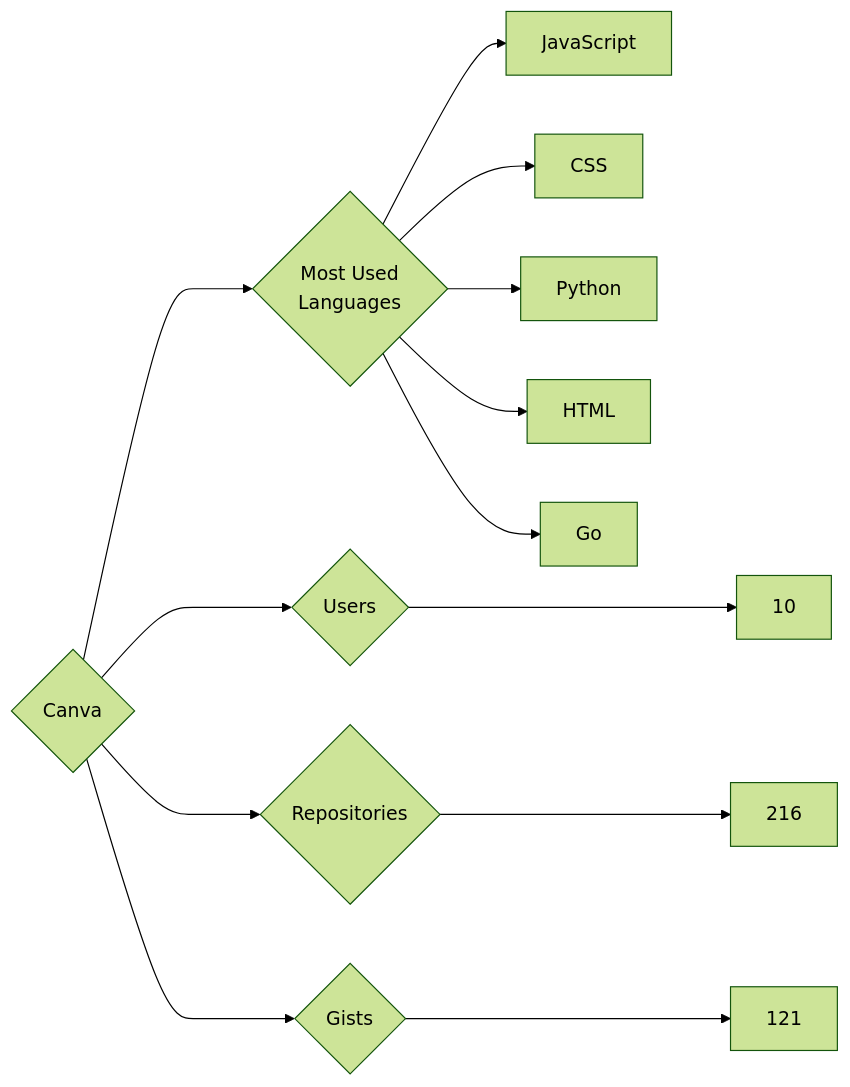
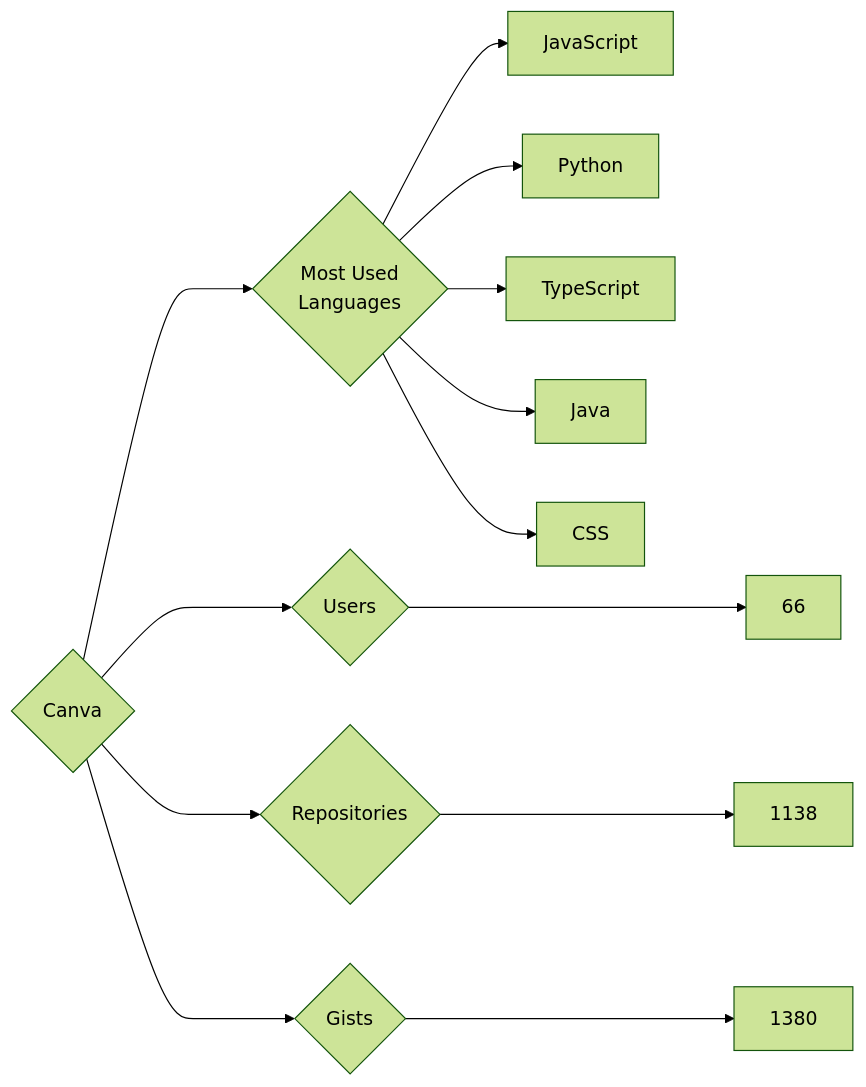
One commit to trickest/insiders changed the diagram in targets/Canva/README.md. Above: the diagram before and after it, drawn with Mermaid (forest theme). The commit also changed 934 other files, not shown here.

````diff
--- a/targets/Canva/README.md
+++ b/targets/Canva/README.md
@@ -3,13 +3,13 @@
 ```mermaid
 graph LR
 COMPANY_NAME{Canva}
-COMPANY_NAME ---> U{Users} ---> UN[10]
-COMPANY_NAME ---> R{Repositories} ---> RN[216]
-COMPANY_NAME ---> G{Gists} ---> GN[121]
+COMPANY_NAME ---> U{Users} ---> UN[66]
+COMPANY_NAME ---> R{Repositories} ---> RN[1138]
+COMPANY_NAME ---> G{Gists} ---> GN[1380]
 COMPANY_NAME ---> ML{Most Used<br>Languages}
 ML --> JavaScript[JavaScript]
+ML --> Python[Python]
+ML --> TypeScript[TypeScript]
+ML --> Java[Java]
 ML --> CSS[CSS]
-ML --> Python[Python]
-ML --> HTML[HTML]
-ML --> Go[Go]
 ```
````
